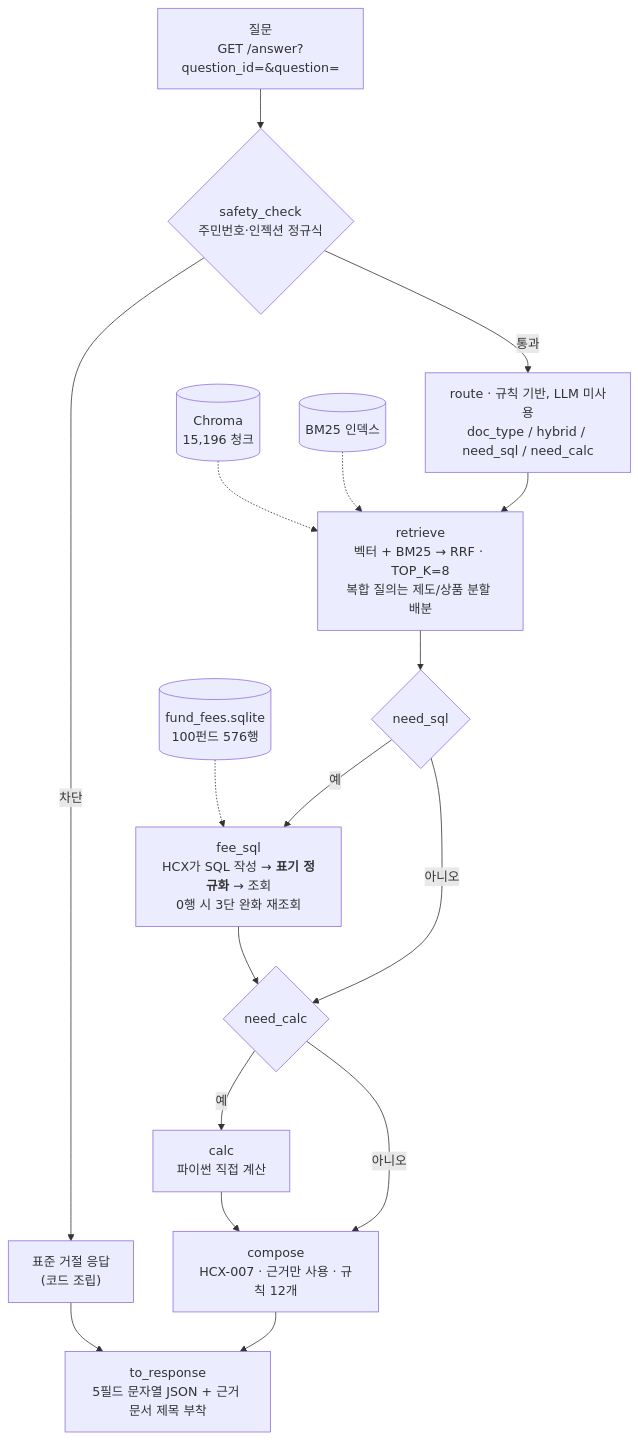
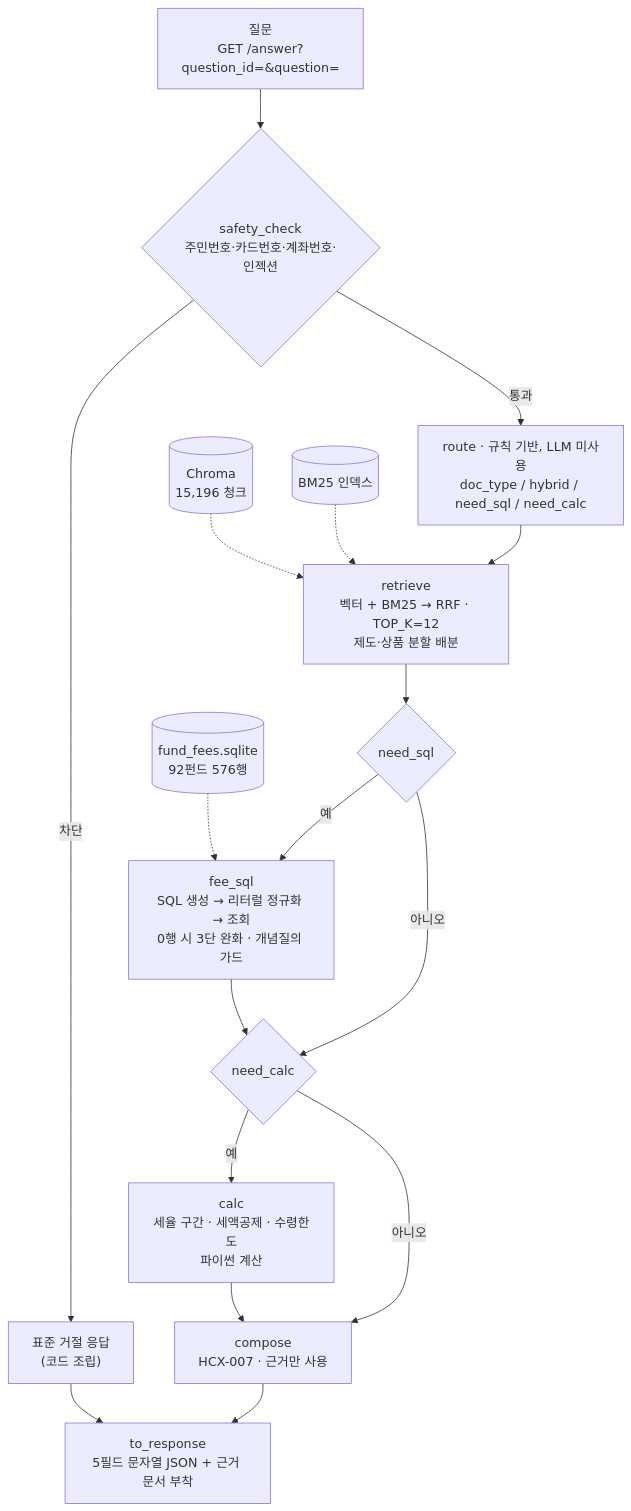
One commit to penguinnote/Mirae_Naver_MultiAgent changed the first of 5 diagrams in 기술제안서.md. Above: the diagram before and after it, drawn with Mermaid. The commit also changed other lines of this file and 2 other files, not shown here.

````diff
--- a/기술제안서.md
+++ b/기술제안서.md
@@ -217,31 +215,31 @@
 ```mermaid
 flowchart TD
     Q["질문<br/>GET /answer?question_id=&question="]
-    SAFE{"safety_check<br/>주민번호·인젝션 정규식"}
+    SAFE{"safety_check<br/>주민번호·카드번호·계좌번호·인젝션"}
     REFUSE["표준 거절 응답<br/>(코드 조립)"]
     ROUTE["route · 규칙 기반, LLM 미사용<br/>doc_type / hybrid / need_sql / need_calc"]
-    RETR["retrieve<br/>벡터 + BM25 → RRF · TOP_K=8<br/>복합 질의는 제도/상품 분할 배분"]
+    RETR["retrieve<br/>벡터 + BM25 → RRF · TOP_K=12<br/>제도·상품 분할 배분"]
     D1{"need_sql"}
-    FEE["fee_sql<br/>HCX가 SQL 작성 → <b>표기 정규화</b> → 조회<br/>0행 시 3단 완화 재조회"]
+    FEE["fee_sql<br/>SQL 생성 → 리터럴 정규화 → 조회<br/>0행 시 3단 완화 · 개념질의 가드"]
     D2{"need_calc"}
-    CALC["calc<br/>파이썬 직접 계산"]
-    COMP["compose<br/>HCX-007 · 근거만 사용 · 규칙 12개"]
-    RESP["to_response<br/>5필드 문자열 JSON + 근거 문서 제목 부착"]
+    CALC["calc<br/>세율 구간 · 세액공제 · 수령한도<br/>파이썬 계산"]
+    COMP["compose<br/>HCX-007 · 근거만 사용"]
+    RESP["to_response<br/>5필드 문자열 JSON + 근거 문서 부착"]
 
     CHROMA[("Chroma<br/>15,196 청크")]
     BM25[("BM25 인덱스")]
-    FEEDB[("fund_fees.sqlite<br/>100펀드 576행")]
+    FEEDB[("fund_fees.sqlite<br/>92펀드 576행")]
 
     Q --> SAFE
-    SAFE -->|"차단"| REFUSE --> RESP
-    SAFE -->|"통과"| ROUTE --> RETR --> D1
-    D1 -->|"예"| FEE --> D2
-    D1 -->|"아니오"| D2
-    D2 -->|"예"| CALC --> COMP
-    D2 -->|"아니오"| COMP
+    SAFE -->|차단| REFUSE --> RESP
+    SAFE -->|통과| ROUTE --> RETR --> D1
+    D1 -->|예| FEE --> D2
+    D1 -->|아니오| D2
+    D2 -->|예| CALC --> COMP
+    D2 -->|아니오| COMP
     COMP --> RESP
 
     CHROMA -.-> RETR
     BM25 -.-> RETR
     FEEDB -.-> FEE
 ```
````
